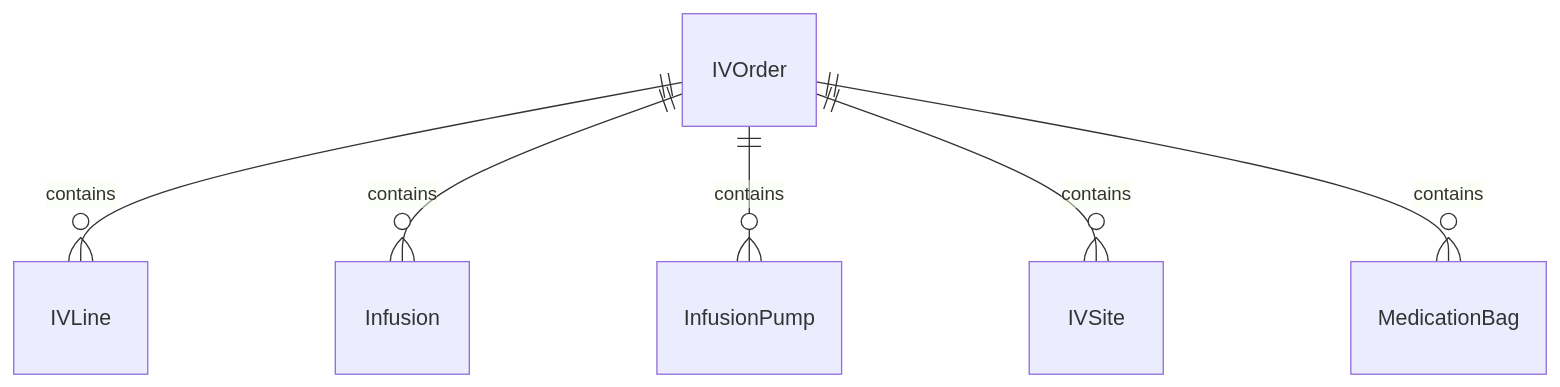
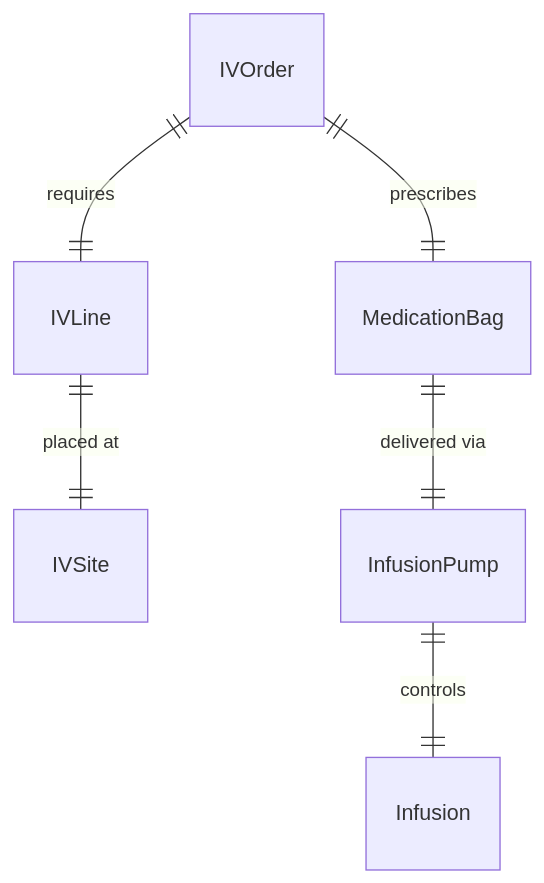
The first of 4 diagrams in AssistingAndCaringForOthers/AdministerBasicHealthCareOrMedicalTreatments/AdministerIntravenousMedications.mdx (dot-org-ai/tasks.org.ai), drawn with Mermaid before and after one commit. The commit also changed other lines of this file and 32 other files, not shown here.

First line of the commit message:
fix: Improve ER and State diagrams in 32 AssistingAndCaringForOthers DWA files

````diff
--- a/AssistingAndCaringForOthers/AdministerBasicHealthCareOrMedicalTreatments/AdministerIntravenousMedications.mdx
+++ b/AssistingAndCaringForOthers/AdministerBasicHealthCareOrMedicalTreatments/AdministerIntravenousMedications.mdx
@@ -88,8 +88,8 @@
 ```mermaid
 erDiagram
-    IVOrder ||--o{ IVLine : contains
-    IVOrder ||--o{ Infusion : contains
-    IVOrder ||--o{ InfusionPump : contains
-    IVOrder ||--o{ IVSite : contains
-    IVOrder ||--o{ MedicationBag : contains
+    IVOrder ||--|| MedicationBag : prescribes
+    IVOrder ||--|| IVLine : requires
+    IVLine ||--|| IVSite : "placed at"
+    MedicationBag ||--|| InfusionPump : "delivered via"
+    InfusionPump ||--|| Infusion : controls
 ```
````
